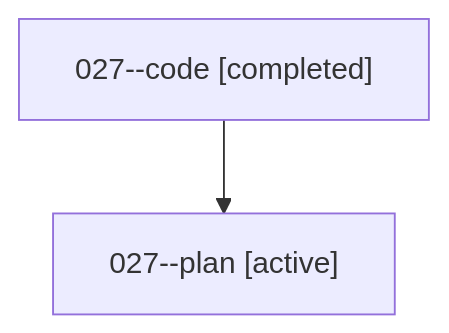
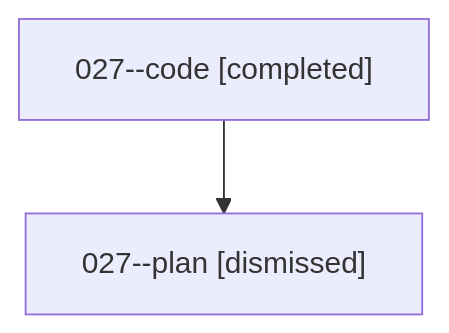
One commit to sase-org/sase--agents changed the diagram in sessions/bbugyi200.athena.027.md. Above: the diagram before and after it, drawn with Mermaid. The commit also changed other lines of this file and 19 other files, not shown here.

````diff
--- a/sessions/bbugyi200.athena.027.md
+++ b/sessions/bbugyi200.athena.027.md
@@ -9,6 +9,6 @@
 ```mermaid
 flowchart TD
   n0["027--code [completed]"]
-  n1["027--plan [active]"]
+  n1["027--plan [dismissed]"]
   n0 --> n1
 ```
````
